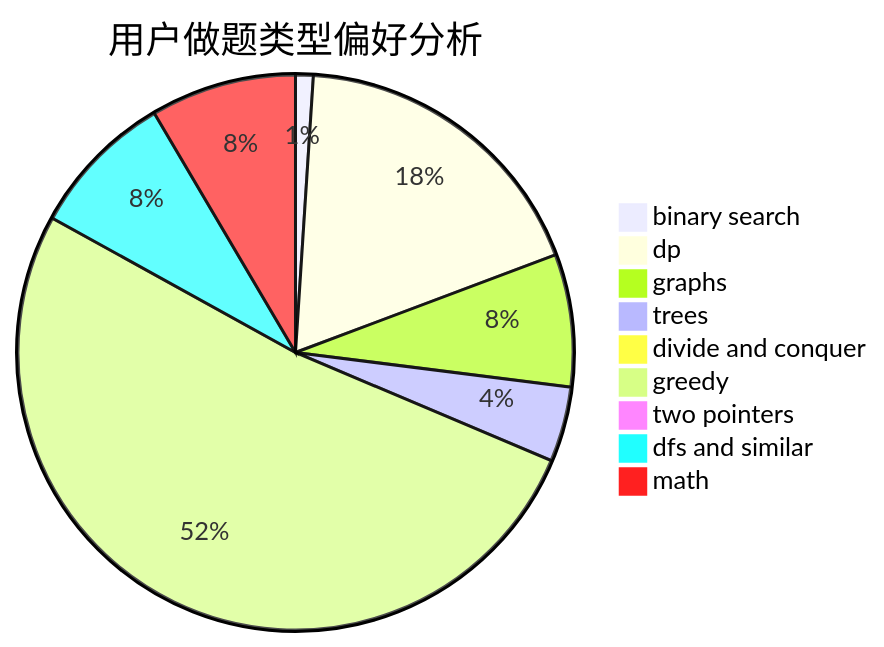
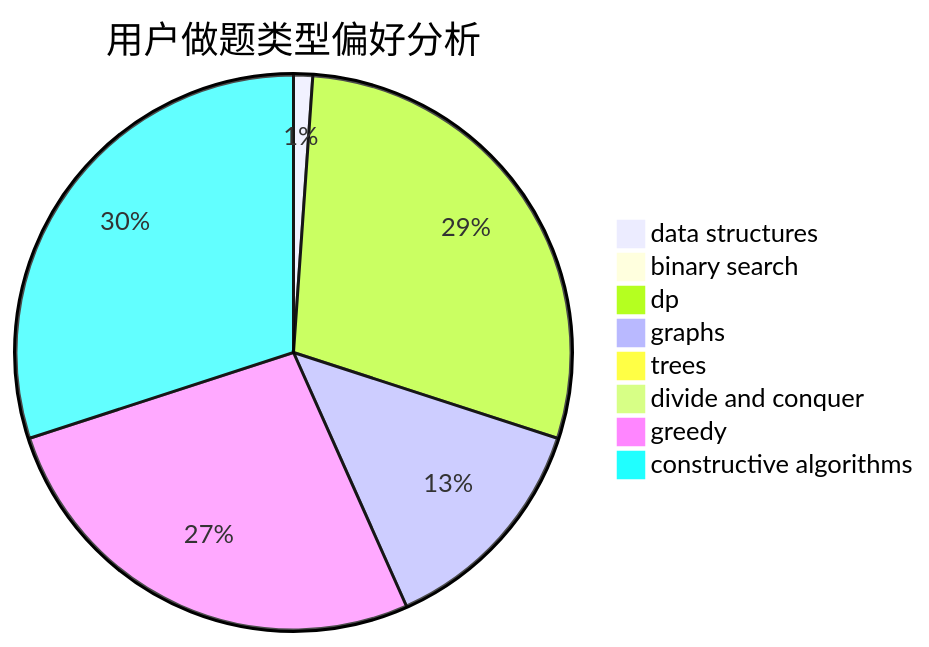
Before and after one commit to sherpahu/cfrs.github.io: the second of 3 diagrams in docs/user/u154.md, drawn with Mermaid. The commit also changed other lines of this file and 2775 other files, not shown here.

````diff
--- a/docs/user/u154.md
+++ b/docs/user/u154.md
@@ -23,12 +23,11 @@
 ```mermaid
 pie title 用户做题类型偏好分析
-    "binary search" :  4
-    "dp" :  71
-    "graphs" :  30
-    "trees" :  17
+    "data structures" :  1
+    "binary search" :  0
+    "dp" :  26
+    "graphs" :  12
+    "trees" :  0
     "divide and conquer" :  0
-    "greedy" :  201
-    "two pointers" :  1
-    "dfs and similar" :  33
-    "math" :  33
+    "greedy" :  24
+    "constructive algorithms" :  27
 ```
````
